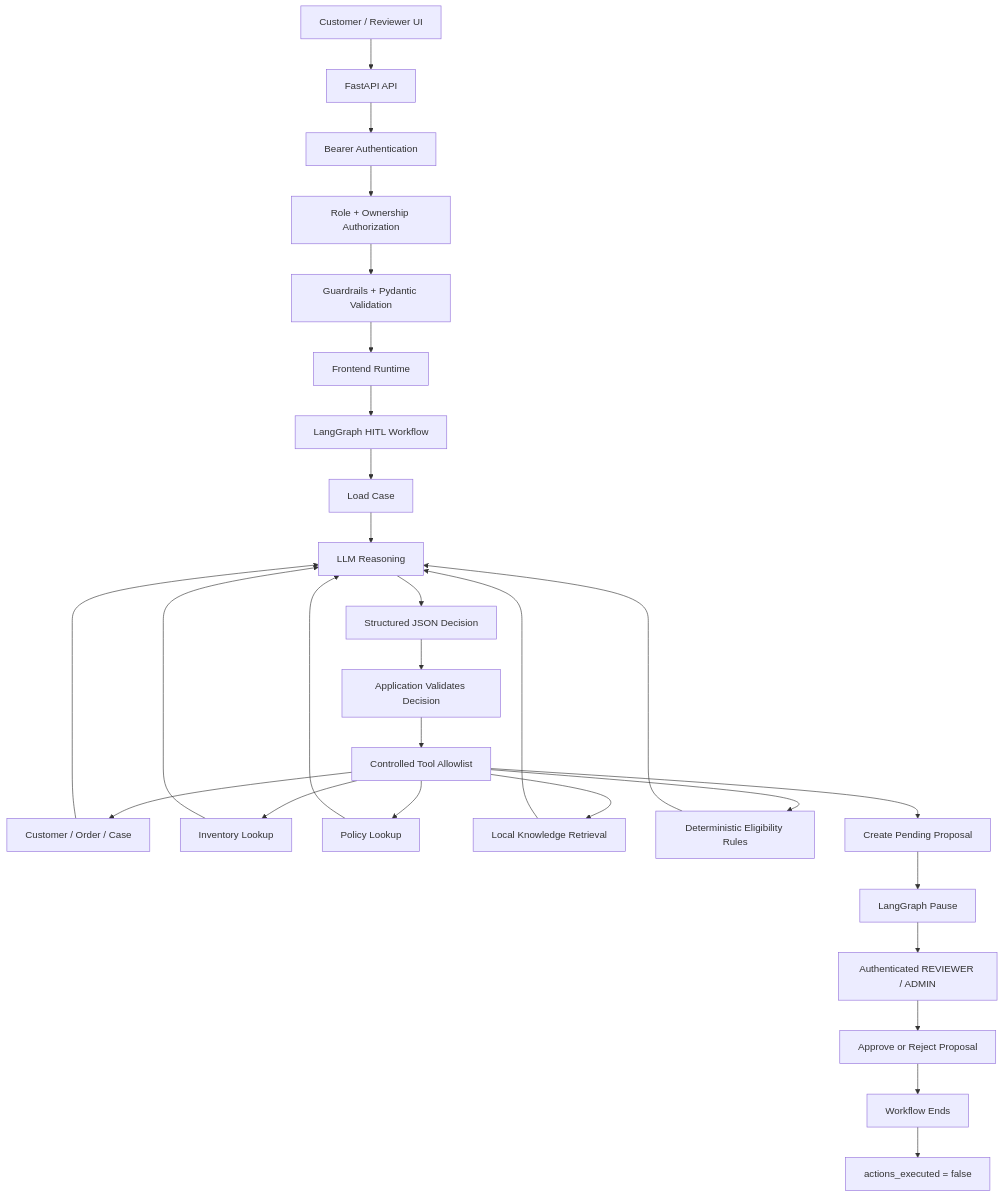
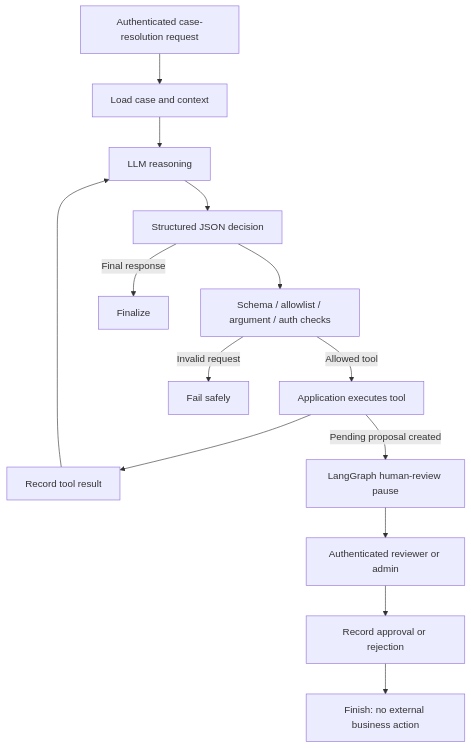
One commit to aamir490/NovaMind-Agentic-Customer-Resolution-Platform changed the third of 4 diagrams in README.md. Above: the diagram before and after it, drawn with Mermaid. The commit also changed other lines of this file and 1 other file, not shown here.

````diff
--- a/README.md
+++ b/README.md
@@ -821,39 +349,16 @@
 ```mermaid
 flowchart TD
-    U[Customer / Reviewer UI] --> API[FastAPI API]
-
-    API --> AUTH[Bearer Authentication]
-    AUTH --> AZ[Role + Ownership Authorization]
-    AZ --> GR[Guardrails + Pydantic Validation]
-
-    GR --> RT[Frontend Runtime]
-    RT --> HITL[LangGraph HITL Workflow]
-
-    HITL --> LOAD[Load Case]
-    LOAD --> REASON[LLM Reasoning]
-
-    REASON --> DECISION[Structured JSON Decision]
-    DECISION --> VALIDATE[Application Validates Decision]
-
-    VALIDATE --> TOOLS[Controlled Tool Allowlist]
-
-    TOOLS --> CASE[Customer / Order / Case]
-    TOOLS --> INV[Inventory Lookup]
-    TOOLS --> POLICY[Policy Lookup]
-    TOOLS --> KNOW[Local Knowledge Retrieval]
-    TOOLS --> ELIG[Deterministic Eligibility Rules]
-    TOOLS --> PROP[Create Pending Proposal]
-
-    CASE --> REASON
-    INV --> REASON
-    POLICY --> REASON
-    KNOW --> REASON
-    ELIG --> REASON
-
-    PROP --> PAUSE[LangGraph Pause]
-    PAUSE --> HUMAN[Authenticated REVIEWER / ADMIN]
-    HUMAN --> REVIEW[Approve or Reject Proposal]
-
-    REVIEW --> END[Workflow Ends]
-    END --> SAFE[actions_executed = false]
+  REQ[Authenticated case-resolution request] --> LOAD[Load case and context]
+  LOAD --> REASON[LLM reasoning]
+  REASON --> DECISION[Structured JSON decision]
+  DECISION --> VALIDATE[Schema / allowlist / argument / auth checks]
+  VALIDATE -->|Allowed tool| TOOL[Application executes tool]
+  TOOL --> OBSERVE[Record tool result]
+  OBSERVE --> REASON
+  VALIDATE -->|Invalid request| FAIL[Fail safely]
+  DECISION -->|Final response| FINAL[Finalize]
+  TOOL -->|Pending proposal created| REVIEW[LangGraph human-review pause]
+  REVIEW --> HUMAN[Authenticated reviewer or admin]
+  HUMAN --> RECORD[Record approval or rejection]
+  RECORD --> DONE[Finish: no external business action]
 ```
````
